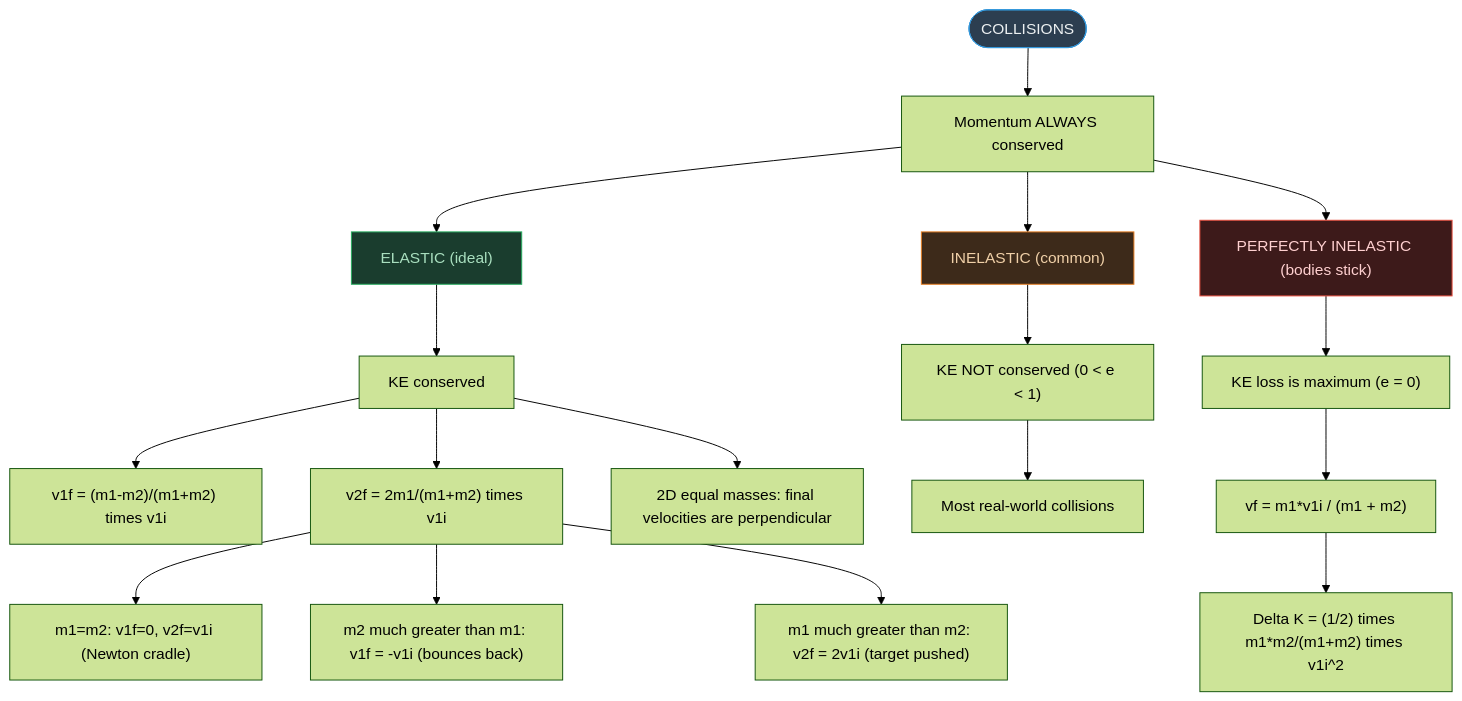
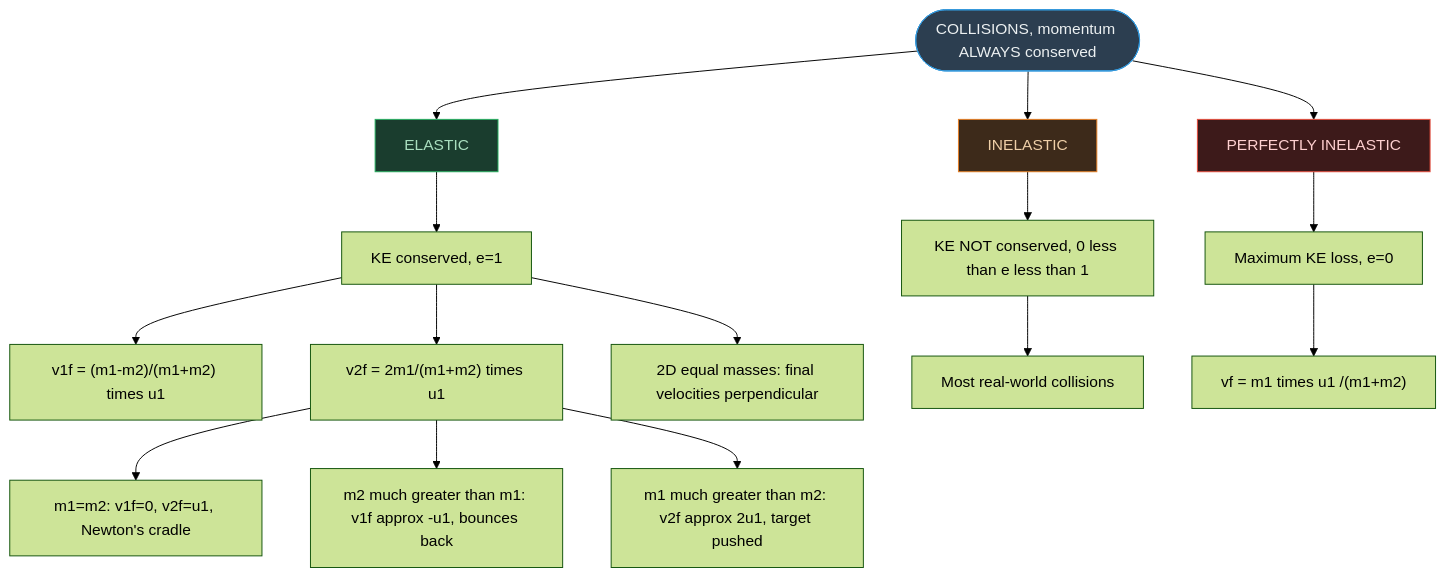
The seventh of 8 diagrams in AI-NOTES/PHYSICS/PHYSICS05-WORK_ENERGY_AND_POWER/PHYSICS05-WORK_ENERGY_AND_POWER-CNOTES.md (fsr-science/NCERT-Science), drawn with Mermaid (forest theme) before and after one commit. The commit also changed other lines of this file and 3 other files, not shown here.

````diff
--- a/AI-NOTES/PHYSICS/PHYSICS05-WORK_ENERGY_AND_POWER/PHYSICS05-WORK_ENERGY_AND_POWER-CNOTES.md
+++ b/AI-NOTES/PHYSICS/PHYSICS05-WORK_ENERGY_AND_POWER/PHYSICS05-WORK_ENERGY_AND_POWER-CNOTES.md
@@ -292,29 +398,26 @@
 ```mermaid
 flowchart TD
-    ROOT(["COLLISIONS"])
-    ROOT --> NOTE["Momentum ALWAYS conserved"]
+    ROOT(["COLLISIONS, momentum ALWAYS conserved"])
+    ROOT --> EL["ELASTIC"]
+    ROOT --> IN["INELASTIC"]
+    ROOT --> PI["PERFECTLY INELASTIC"]
 
-    NOTE --> EL["ELASTIC (ideal)"]
-    NOTE --> IN["INELASTIC (common)"]
-    NOTE --> PI["PERFECTLY INELASTIC (bodies stick)"]
+    EL --> EL1["KE conserved, e=1"]
+    EL1 --> EL2["v1f = (m1-m2)/(m1+m2) times u1"]
+    EL1 --> EL3["v2f = 2m1/(m1+m2) times u1"]
+    EL3 --> EL4["m1=m2: v1f=0, v2f=u1, Newton's cradle"]
+    EL3 --> EL5["m2 much greater than m1: v1f approx -u1, bounces back"]
+    EL3 --> EL6["m1 much greater than m2: v2f approx 2u1, target pushed"]
+    EL1 --> EL7["2D equal masses: final velocities perpendicular"]
 
-    EL --> EL1["KE conserved"]
-    EL1 --> EL2["v1f = (m1-m2)/(m1+m2) times v1i"]
-    EL1 --> EL3["v2f = 2m1/(m1+m2) times v1i"]
-    EL3 --> EL4["m1=m2: v1f=0, v2f=v1i (Newton cradle)"]
-    EL3 --> EL5["m2 much greater than m1: v1f = -v1i (bounces back)"]
-    EL3 --> EL6["m1 much greater than m2: v2f = 2v1i (target pushed)"]
-    EL1 --> EL7["2D equal masses: final velocities are perpendicular"]
-
-    IN --> IN1["KE NOT conserved (0 < e < 1)"]
+    IN --> IN1["KE NOT conserved, 0 less than e less than 1"]
     IN1 --> IN2["Most real-world collisions"]
 
-    PI --> PI1["KE loss is maximum (e = 0)"]
-    PI1 --> PI2["vf = m1*v1i / (m1 + m2)"]
-    PI2 --> PI3["Delta K = (1/2) times m1*m2/(m1+m2) times v1i^2"]
+    PI --> PI1["Maximum KE loss, e=0"]
+    PI1 --> PI2["vf = m1 times u1 /(m1+m2)"]
 
     style ROOT fill:#2c3e50,color:#ecf0f1,stroke:#3498db
     style EL fill:#1a3d2e,color:#a9dfbf,stroke:#27ae60
     style IN fill:#3d2a1a,color:#f0d0a8,stroke:#e67e22
     style PI fill:#3d1a1a,color:#ffd0d0,stroke:#e74c3c
 ```
````
